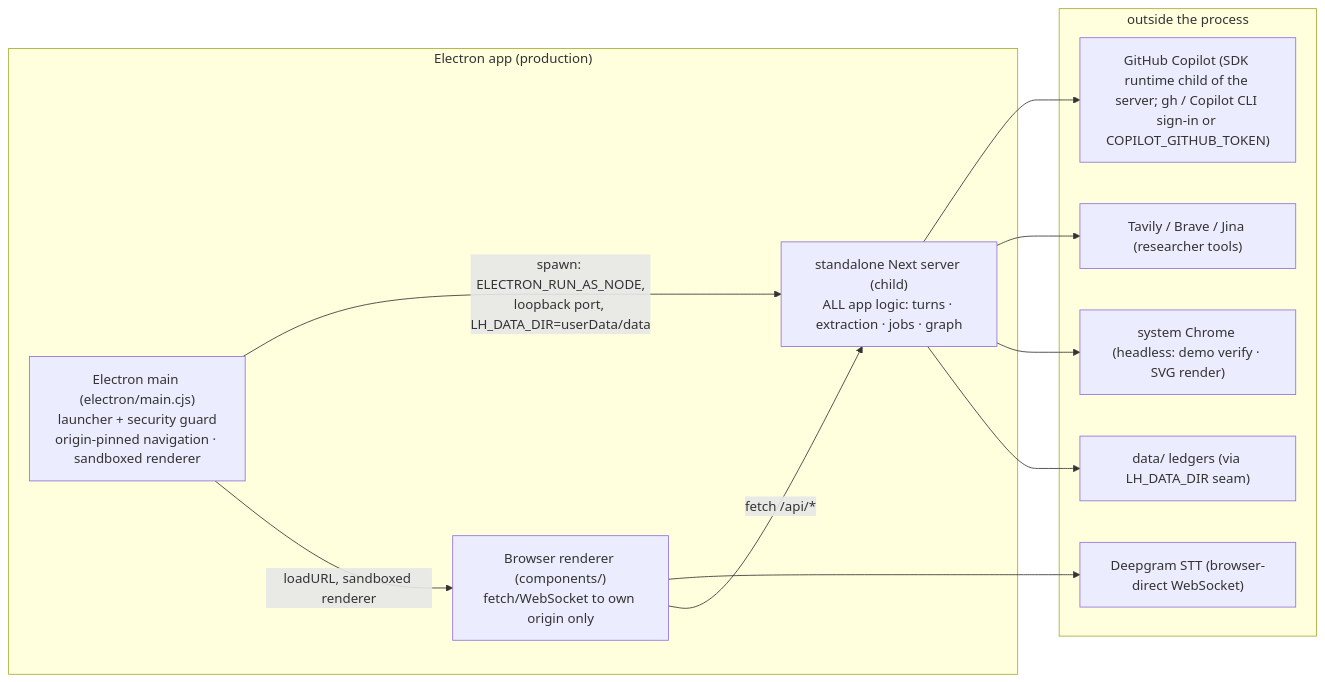
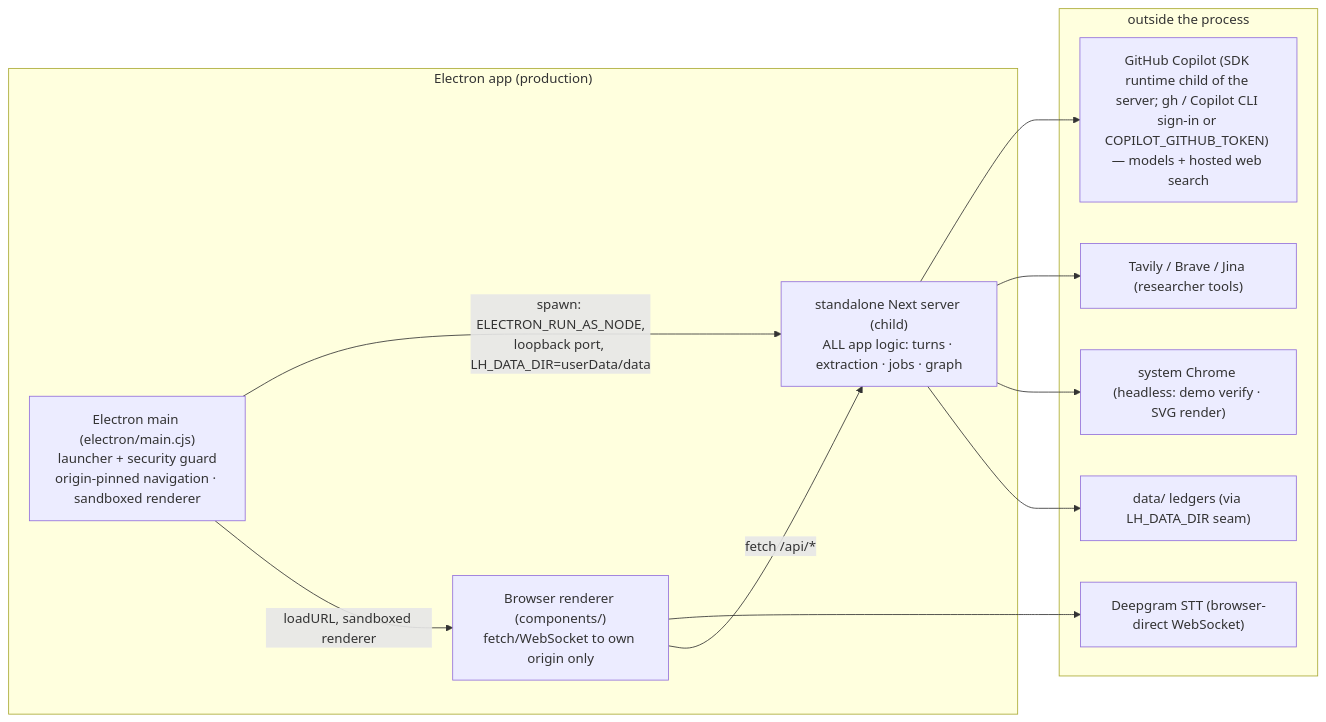
Before and after one commit to Bakar404/cairn: the seventh of 7 diagrams in docs/architecture.md, drawn with Mermaid. The commit also changed other lines of this file and 12 other files, not shown here.

First line of the commit message:
Use GitHub Copilot web search for research

````diff
--- a/docs/architecture.md
+++ b/docs/architecture.md
@@ -407,20 +407,20 @@
 ```mermaid
 flowchart LR
     subgraph DESKTOP["Electron app (production)"]
         MAIN["Electron main (electron/main.cjs)<br/>launcher + security guard<br/>origin-pinned navigation · sandboxed renderer"] -->|"spawn: ELECTRON_RUN_AS_NODE,<br/>loopback port, LH_DATA_DIR=userData/data"| NEXT["standalone Next server (child)<br/>ALL app logic: turns · extraction · jobs · graph"]
         MAIN -->|"loadURL, sandboxed renderer"| REND["Browser renderer (components/)<br/>fetch/WebSocket to own origin only"]
     end
     subgraph OUTSIDE["outside the process"]
-        CP["GitHub Copilot (SDK runtime child of the server; gh / Copilot CLI sign-in or COPILOT_GITHUB_TOKEN)"]
+        CP["GitHub Copilot (SDK runtime child of the server; gh / Copilot CLI sign-in or COPILOT_GITHUB_TOKEN) — models + hosted web search"]
         DG["Deepgram STT (browser-direct WebSocket)"]
         WEBT["Tavily / Brave / Jina (researcher tools)"]
         CHROME["system Chrome (headless: demo verify · SVG render)"]
         DISK["data/ ledgers (via LH_DATA_DIR seam)"]
     end
     NEXT --> CP
     NEXT --> WEBT
     NEXT --> CHROME
     NEXT --> DISK
     REND --> DG
     REND -->|"fetch /api/*"| NEXT
 ```
````
